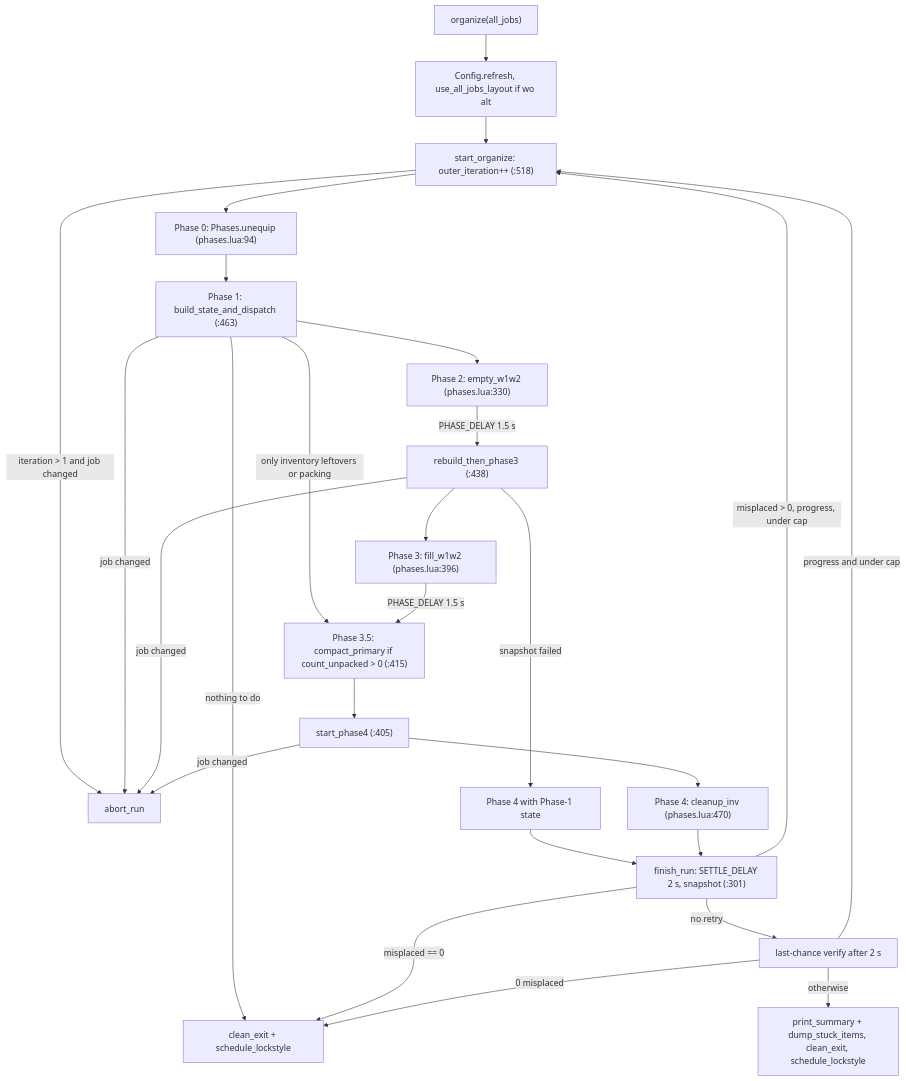
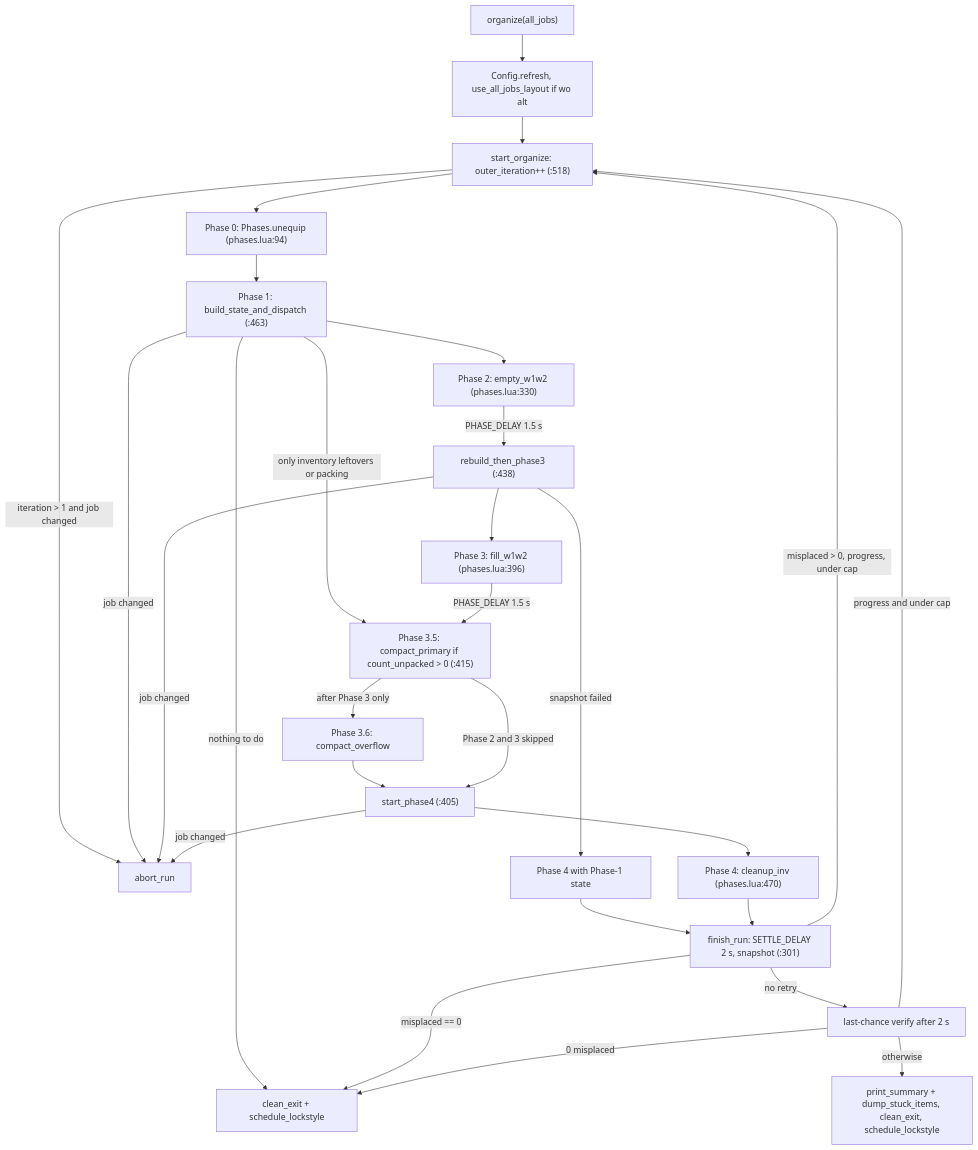
Before and after one commit to ejouanchicot/Gearswap: the first of 2 diagrams in docs/dev/systems/wardrobe-organizer.md, drawn with Mermaid. The commit also changed other lines of this file and 37 other files, not shown here.

````diff
--- a/docs/dev/systems/wardrobe-organizer.md
+++ b/docs/dev/systems/wardrobe-organizer.md
@@ -65,28 +65,30 @@
 ```mermaid
 flowchart TD
     A["organize(all_jobs)"] --> RF["Config.refresh, use_all_jobs_layout if wo alt"]
     RF --> B["start_organize: outer_iteration++ (:518)"]
     B -->|"iteration > 1 and job changed"| X["abort_run"]
     B --> P0["Phase 0: Phases.unequip (phases.lua:94)"]
     P0 --> P1["Phase 1: build_state_and_dispatch (:463)"]
     P1 -->|"job changed"| X
     P1 -->|"nothing to do"| OK["clean_exit + schedule_lockstyle"]
     P1 -->|"only inventory leftovers or packing"| P35
     P1 --> P2["Phase 2: empty_w1w2 (phases.lua:330)"]
     P2 -->|"PHASE_DELAY 1.5 s"| R["rebuild_then_phase3 (:438)"]
     R -->|"job changed"| X
     R -->|"snapshot failed"| P4b["Phase 4 with Phase-1 state"]
     R --> P3["Phase 3: fill_w1w2 (phases.lua:396)"]
     P3 -->|"PHASE_DELAY 1.5 s"| P35["Phase 3.5: compact_primary if count_unpacked > 0 (:415)"]
-    P35 --> P4["start_phase4 (:405)"]
+    P35 -->|"after Phase 3 only"| P36["Phase 3.6: compact_overflow"]
+    P36 --> P4["start_phase4 (:405)"]
+    P35 -->|"Phase 2 and 3 skipped"| P4
     P4 -->|"job changed"| X
     P4 --> C4["Phase 4: cleanup_inv (phases.lua:470)"]
     P4b --> F
     C4 --> F["finish_run: SETTLE_DELAY 2 s, snapshot (:301)"]
     F -->|"misplaced > 0, progress, under cap"| B
     F -->|"misplaced == 0"| OK
     F -->|"no retry"| V["last-chance verify after 2 s"]
     V -->|"0 misplaced"| OK
     V -->|"progress and under cap"| B
     V -->|"otherwise"| S["print_summary + dump_stuck_items, clean_exit, schedule_lockstyle"]
 ```
````
